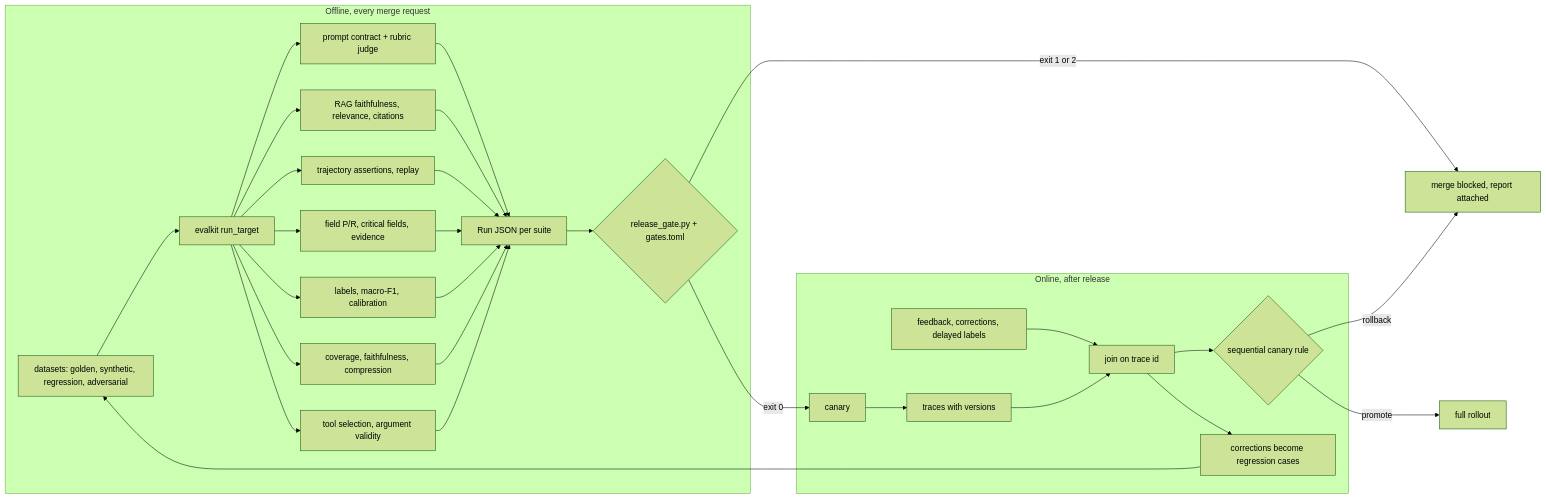
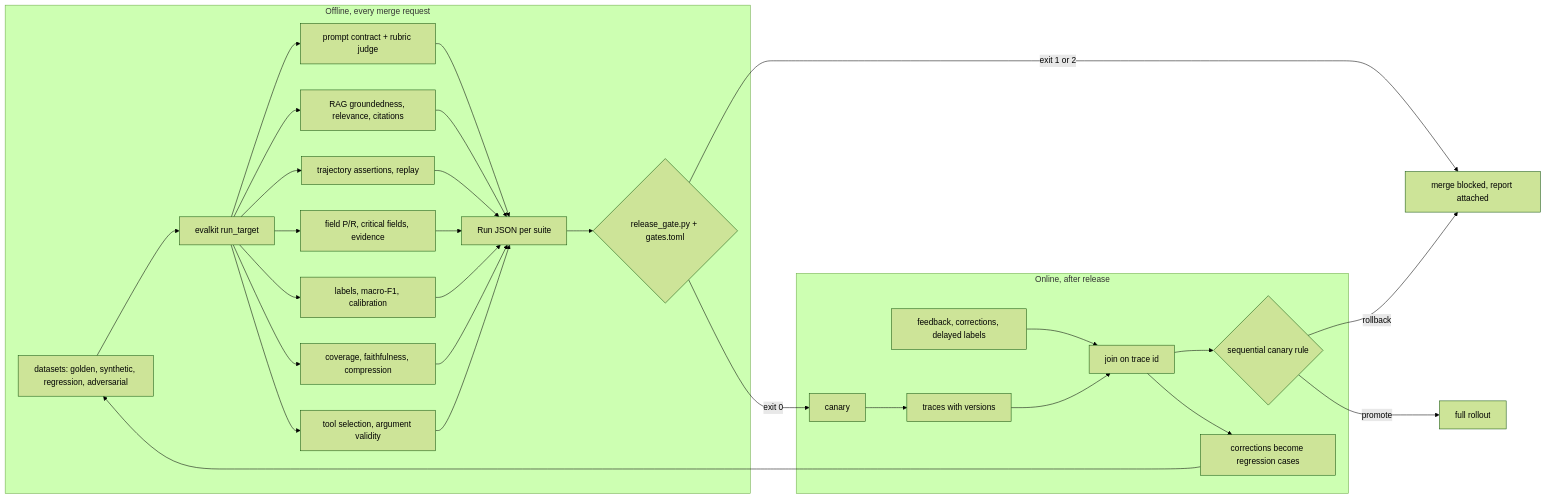
Before and after one commit to XayyamSadigov/ai-engineering-book: the first of 4 diagrams in book/chapters/25-evaluating-ai-systems-in-practice.md, drawn with Mermaid (forest theme). The commit also changed other lines of this file and 6 other files, not shown here.

First line of the commit message:
Use one evaluation vocabulary: groundedness vs faithfulness

````diff
--- a/book/chapters/25-evaluating-ai-systems-in-practice.md
+++ b/book/chapters/25-evaluating-ai-systems-in-practice.md
@@ -32,27 +32,27 @@
 ```mermaid
 flowchart LR
     subgraph Offline["Offline, every merge request"]
         DS["datasets: golden, synthetic, regression, adversarial"] --> RUN["evalkit run_target"]
         RUN --> EV1["prompt contract + rubric judge"]
-        RUN --> EV2["RAG faithfulness, relevance, citations"]
+        RUN --> EV2["RAG groundedness, relevance, citations"]
         RUN --> EV3["trajectory assertions, replay"]
         RUN --> EV4["field P/R, critical fields, evidence"]
         RUN --> EV5["labels, macro-F1, calibration"]
         RUN --> EV6["coverage, faithfulness, compression"]
         RUN --> EV7["tool selection, argument validity"]
         EV1 & EV2 & EV3 & EV4 & EV5 & EV6 & EV7 --> RJ["Run JSON per suite"]
         RJ --> GATE{"release_gate.py + gates.toml"}
     end
     GATE -->|exit 0| CAN["canary"]
     GATE -->|exit 1 or 2| BLOCK["merge blocked, report attached"]
     subgraph Online["Online, after release"]
         CAN --> TR["traces with versions"]
         FB["feedback, corrections, delayed labels"] --> JOIN["join on trace id"]
         TR --> JOIN
         JOIN --> SEQ{"sequential canary rule"}
         JOIN --> REG["corrections become regression cases"]
     end
     SEQ -->|promote| FULL["full rollout"]
     SEQ -->|rollback| BLOCK
     REG --> DS
 ```
````
